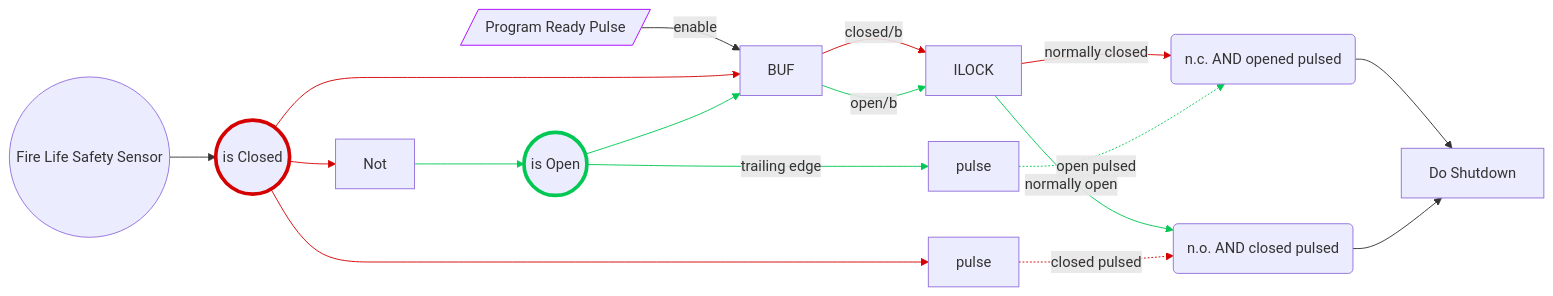
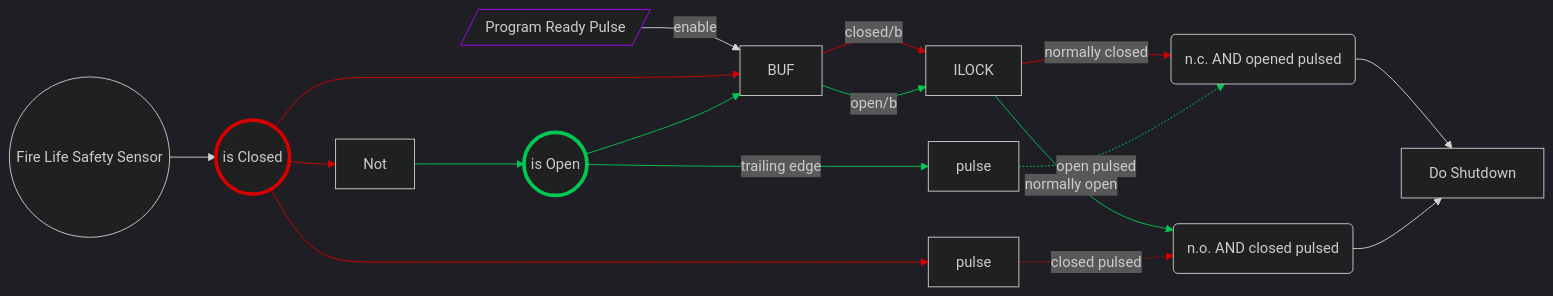
One commit to MSH-SLZ/Programming-Standards-and-Logic changed the diagram in Logic/fls.md. Above: the diagram before and after it, drawn with Mermaid.

Commit message:
added dark theme to chart

````diff
--- a/Logic/fls.md
+++ b/Logic/fls.md
@@ -7,35 +7,36 @@
 ```mermaid
+%%{init:{'theme':'dark'}}%%
 flowchart LR
     PP[/"Program Ready Pulse"/] -- enable --> SetNormal["BUF"]
     Sensor(("Fire Life Safety Sensor")) --> CL(("is Closed"))
     CL --> NT["Not"] & SetNormal & W1["pulse"]
     NT --> OP(("is Open"))
     OP --> SetNormal
     SetNormal -- closed/b --> IL["ILOCK"]
     SetNormal -- open/b --> IL
     IL -- normally closed --> NCO("n.c. AND opened pulsed")
     IL -- normally open --> NOC("n.o. AND closed pulsed")
     OP -- trailing edge --> W2["pulse"]
     W2 -. open pulsed .-> NCO
     NCO --> SD["Do Shutdown"]
     W1 -. closed pulsed .-> NOC
     NOC --> SD
     style PP stroke:#AA00FF
     style CL stroke:#D50000,stroke-width:4px,stroke-dasharray: 0
     style OP stroke:#00C853,stroke-width:4px,stroke-dasharray: 0
     linkStyle 2 stroke:#D50000,fill:none
     linkStyle 3 stroke:#D50000,fill:none
     linkStyle 4 stroke:#D50000,fill:none
     linkStyle 5 stroke:#00C853,fill:none
     linkStyle 6 stroke:#00C853,fill:none
     linkStyle 7 stroke:#D50000,fill:none
     linkStyle 8 stroke:#00C853,fill:none
     linkStyle 9 stroke:#D50000,fill:none
     linkStyle 10 stroke:#00C853,fill:none
     linkStyle 11 stroke:#00C853
     linkStyle 12 stroke:#00C853,fill:none
     linkStyle 14 stroke:#D50000,fill:none
 
 
 
 ```
````
